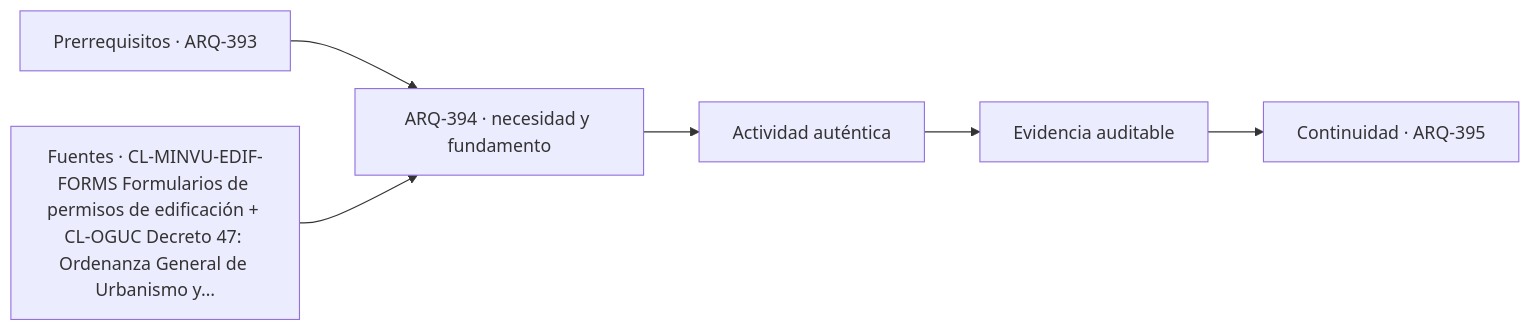
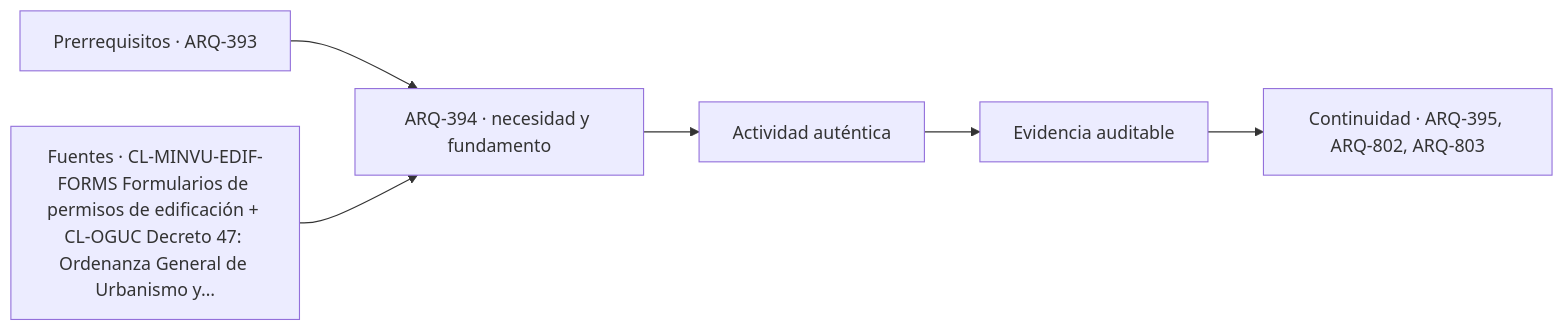
The diagram in classes/parte-40/ARQ-394.md (vladimiracunadev-create/architecture-built-environment-learning-program), drawn with Mermaid before and after one commit. The commit also changed other lines of this file and 234 other files, not shown here.

````diff
--- a/classes/parte-40/ARQ-394.md
+++ b/classes/parte-40/ARQ-394.md
@@ -103,8 +103,8 @@
 ```mermaid
 flowchart LR
     A["Prerrequisitos · ARQ-393"] --> B["ARQ-394 · necesidad y fundamento"]
     S["Fuentes · CL-MINVU-EDIF-FORMS Formularios de permisos de edificación + CL-OGUC Decreto 47: Ordenanza General de Urbanismo y…"] --> B
     B --> C["Actividad auténtica"]
     C --> D["Evidencia auditable"]
-    D --> E["Continuidad · ARQ-395"]
+    D --> E["Continuidad · ARQ-395, ARQ-802, ARQ-803"]
 ```
````
